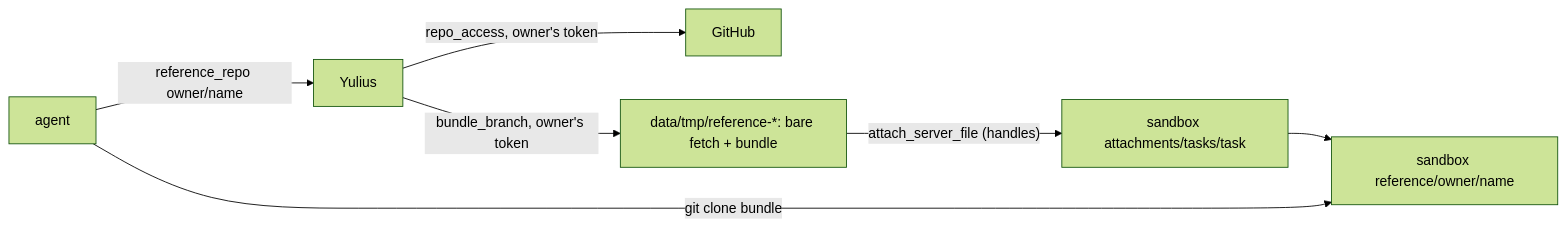
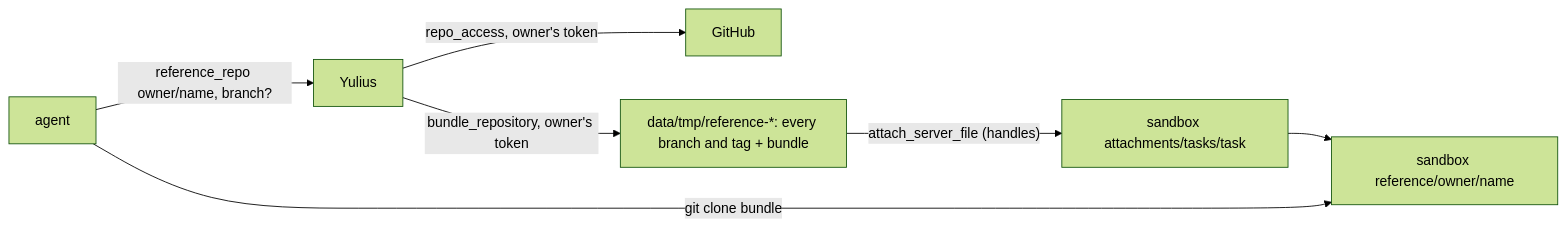
Diagram 37 of 60 in docs/architecture.md (Quartio-Studio/yulius), drawn with Mermaid (forest theme) before and after one commit. The commit also changed other lines of this file and 17 other files, not shown here.

````diff
--- a/docs/architecture.md
+++ b/docs/architecture.md
@@ -1418,9 +1422,9 @@
 ```mermaid
 flowchart LR
-  AG["agent"] -->|"reference_repo owner/name"| APP["Yulius"]
+  AG["agent"] -->|"reference_repo owner/name, branch?"| APP["Yulius"]
   APP -->|"repo_access, owner's token"| GH["GitHub"]
-  APP -->|"bundle_branch, owner's token"| TMP["data/tmp/reference-*: bare fetch + bundle"]
+  APP -->|"bundle_repository, owner's token"| TMP["data/tmp/reference-*: every branch and tag + bundle"]
   TMP -->|"attach_server_file (handles)"| ATT["sandbox attachments/tasks/task"]
   AG -->|"git clone bundle"| REF["sandbox reference/owner/name"]
   ATT --> REF
 ```
````
